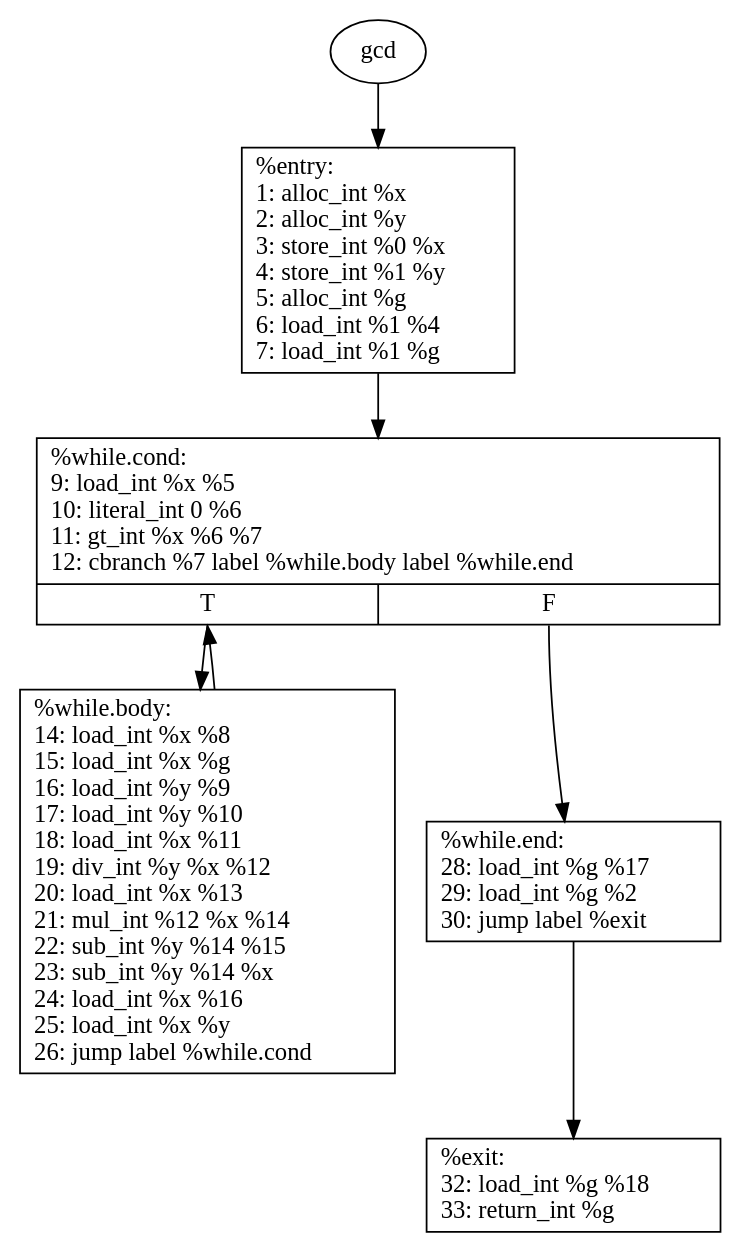
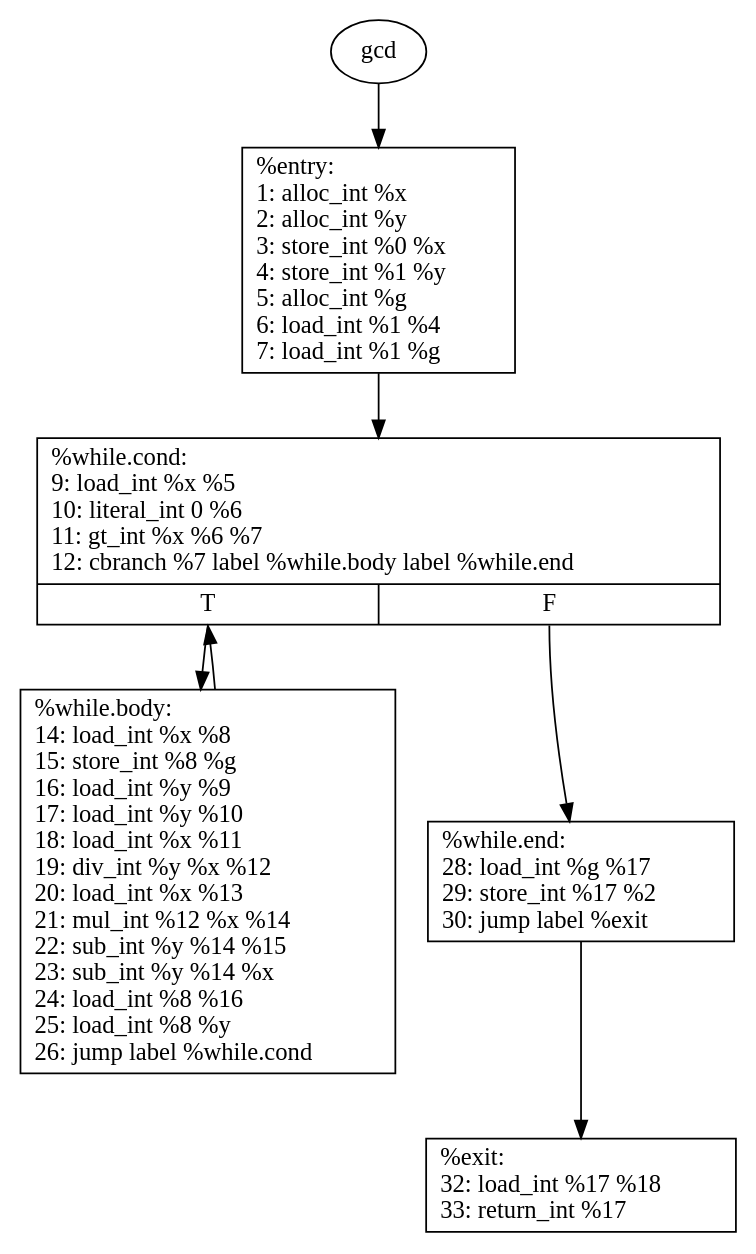
The diagram in gcd.gv (barddes/ply-python-compiler), drawn with Graphviz before and after one commit. The commit also changed 4 other files, not shown here.

```diff
--- a/gcd.gv
+++ b/gcd.gv
@@ -1,15 +1,15 @@
 digraph g {
 	node [shape=record]
 	gcd [shape=ellipse]
 	gcd -> "%entry"
 	"%entry" [label="{%entry:\l	1:   alloc_int %x \l	2:   alloc_int %y \l	3:   store_int %0 %x \l	4:   store_int %1 %y \l	5:   alloc_int %g \l	6:   load_int %1 %4 \l	7:   load_int %1 %g \l	}"]
 	"%entry" -> "%while.cond"
 	"%while.cond" [label="{%while.cond:\l	9:   load_int %x %5 \l	10:   literal_int 0 %6 \l	11:   gt_int %x %6 %7 \l	12:   cbranch %7 label %while.body label %while.end\l	|{<f0>T|<f1>F}}"]
 	"%while.cond":f0 -> "%while.body"
 	"%while.cond":f1 -> "%while.end"
-	"%while.body" [label="{%while.body:\l	14:   load_int %x %8 \l	15:   load_int %x %g \l	16:   load_int %y %9 \l	17:   load_int %y %10 \l	18:   load_int %x %11 \l	19:   div_int %y %x %12 \l	20:   load_int %x %13 \l	21:   mul_int %12 %x %14 \l	22:   sub_int %y %14 %15 \l	23:   sub_int %y %14 %x \l	24:   load_int %x %16 \l	25:   load_int %x %y \l	26:   jump label %while.cond\l	}"]
+	"%while.body" [label="{%while.body:\l	14:   load_int %x %8 \l	15:   store_int %8 %g \l	16:   load_int %y %9 \l	17:   load_int %y %10 \l	18:   load_int %x %11 \l	19:   div_int %y %x %12 \l	20:   load_int %x %13 \l	21:   mul_int %12 %x %14 \l	22:   sub_int %y %14 %15 \l	23:   sub_int %y %14 %x \l	24:   load_int %8 %16 \l	25:   load_int %8 %y \l	26:   jump label %while.cond\l	}"]
 	"%while.body" -> "%while.cond"
-	"%while.end" [label="{%while.end:\l	28:   load_int %g %17 \l	29:   load_int %g %2 \l	30:   jump label %exit\l	}"]
+	"%while.end" [label="{%while.end:\l	28:   load_int %g %17 \l	29:   store_int %17 %2 \l	30:   jump label %exit\l	}"]
 	"%while.end" -> "%exit"
-	"%exit" [label="{%exit:\l	32:   load_int %g %18 \l	33:   return_int %g\l	}"]
+	"%exit" [label="{%exit:\l	32:   load_int %17 %18 \l	33:   return_int %17\l	}"]
 }
```
